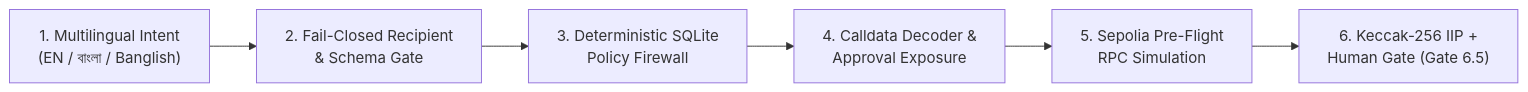
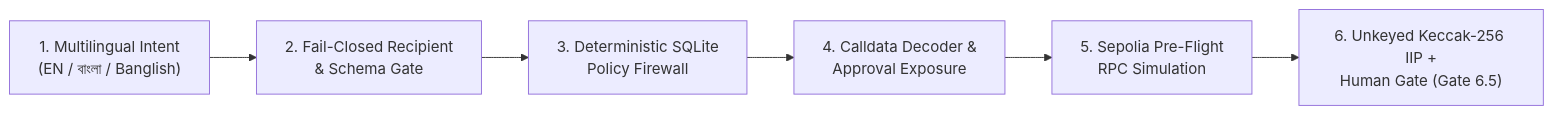
Before and after one commit to cryptXploit/SentinAI-Guardian---An-AI-Native-Autonomous-Wallet: the diagram in README.md, drawn with Mermaid. The commit also changed other lines of this file and 69 other files, not shown here.

````diff
--- a/README.md
+++ b/README.md
@@ -30,8 +39,8 @@
 ```mermaid
 flowchart LR
     A["1. Multilingual Intent\n(EN / বাংলা / Banglish)"] --> B["2. Fail-Closed Recipient\n& Schema Gate"]
     B --> C["3. Deterministic SQLite\nPolicy Firewall"]
     C --> D["4. Calldata Decoder &\nApproval Exposure"]
     D --> E["5. Sepolia Pre-Flight\nRPC Simulation"]
-    E --> F["6. Keccak-256 IIP +\nHuman Gate (Gate 6.5)"]
+    E --> F["6. Unkeyed Keccak-256 IIP +\nHuman Gate (Gate 6.5)"]
 ```
````
